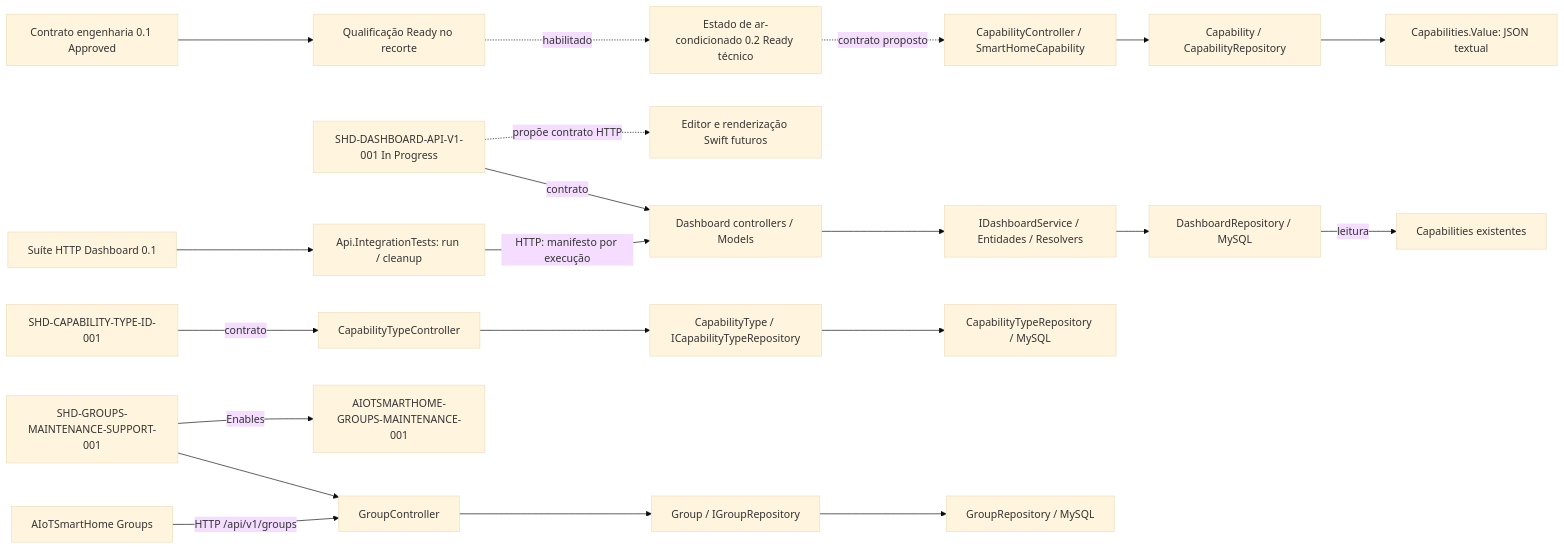
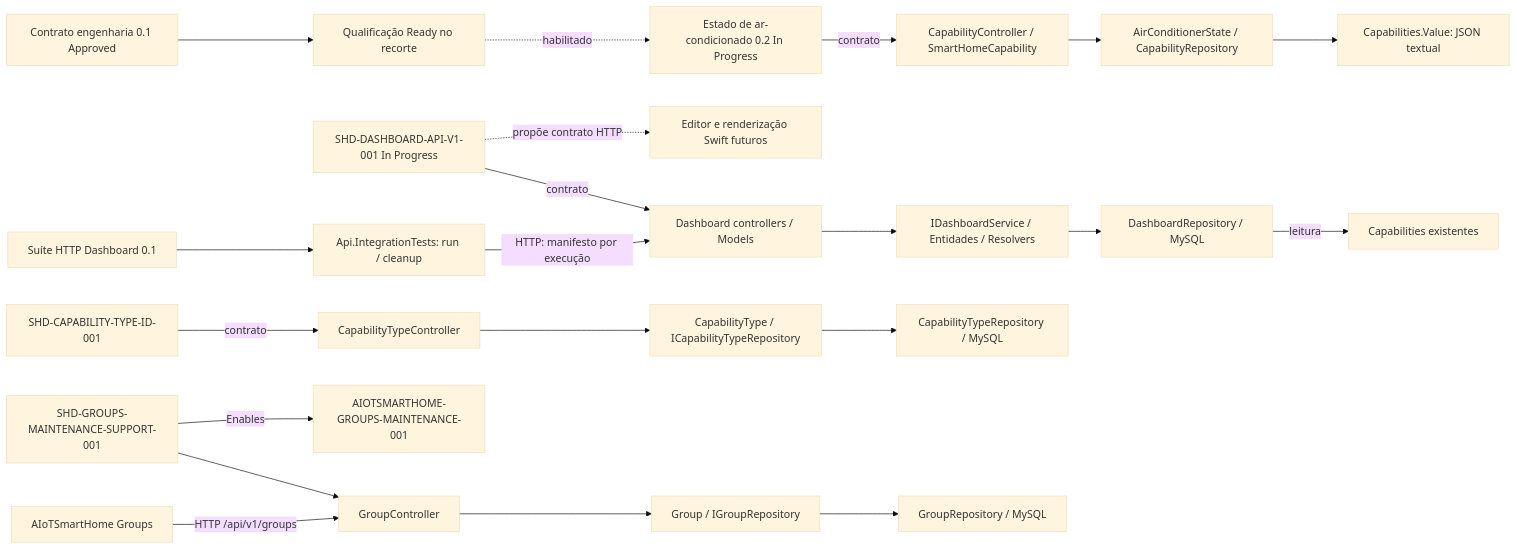
The diagram in docs/rfc/KNOWLEDGE-MAP.md (iotsmartsys/SmartHome-DeviceApi), drawn with Mermaid (base theme) before and after one commit. The commit also changed other lines of this file and 14 other files, not shown here.

Commit message:
feat: persist and merge air conditioner state atomically

````diff
--- a/docs/rfc/KNOWLEDGE-MAP.md
+++ b/docs/rfc/KNOWLEDGE-MAP.md
@@ -76,23 +76,23 @@
 ```mermaid
 flowchart LR
     ENGINEERING[Contrato engenharia 0.1 Approved] --> READINESS[Qualificação Ready no recorte]
     READINESS -.->|habilitado| ACSPEC
-    ACSPEC[Estado de ar-condicionado 0.2 Ready técnico] -.->|contrato proposto| ACAPI[CapabilityController / SmartHomeCapability]
-    ACAPI --> ACCORE[Capability / CapabilityRepository]
+    ACSPEC[Estado de ar-condicionado 0.2 In Progress] -->|contrato| ACAPI[CapabilityController / SmartHomeCapability]
+    ACAPI --> ACCORE[AirConditionerState / CapabilityRepository]
     ACCORE --> ACDB[Capabilities.Value: JSON textual]
     DASHSPEC[SHD-DASHBOARD-API-V1-001 In Progress] -->|contrato| DASHAPI[Dashboard controllers / Models]
     DASHTESTSPEC[Suíte HTTP Dashboard 0.1] --> DASHTEST[Api.IntegrationTests: run / cleanup]
     DASHTEST -->|HTTP: manifesto por execução| DASHAPI
     DASHAPI --> DASHCORE[IDashboardService / Entidades / Resolvers]
     DASHCORE --> DASHDB[DashboardRepository / MySQL]
     DASHDB -->|leitura| DASHCAP[Capabilities existentes]
     DASHSPEC -.->|propõe contrato HTTP| DASHAPP[Editor e renderização Swift futuros]
     CTSPEC[SHD-CAPABILITY-TYPE-ID-001] -->|contrato| CTAPI[CapabilityTypeController]
     CTAPI --> CTCORE[CapabilityType / ICapabilityTypeRepository]
     CTCORE --> CTDB[CapabilityTypeRepository / MySQL]
     APP[AIoTSmartHome Groups] -->|HTTP /api/v1/groups| API[GroupController]
     SPEC[SHD-GROUPS-MAINTENANCE-SUPPORT-001] --> API
     API --> CORE[Group / IGroupRepository]
     CORE --> DB[GroupRepository / MySQL]
     SPEC -->|Enables| APPSPEC[AIOTSMARTHOME-GROUPS-MAINTENANCE-001]
 ```
````
